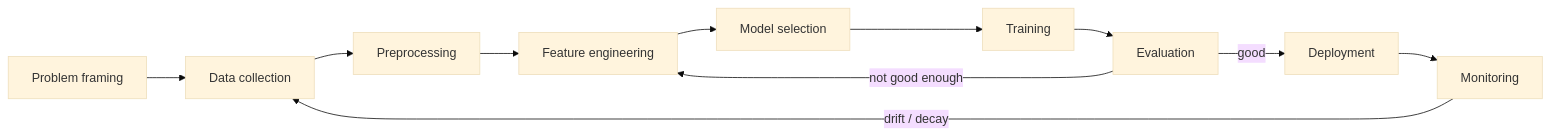
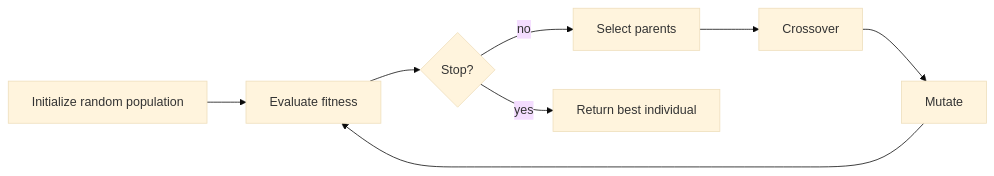
Before and after one commit to kader-xai/kader-xai.github.io: the diagram in ai-ml-encyclopedia/ch03.qmd, drawn with Mermaid (base theme). The commit also changed other lines of this file and 47 other files, not shown here.

````diff
--- a/ai-ml-encyclopedia/ch03.qmd
+++ b/ai-ml-encyclopedia/ch03.qmd
@@ -301,13 +480,10 @@
 ```{mermaid}
 flowchart LR
-    A[Problem framing] --> B[Data collection]
-    B --> C[Preprocessing]
-    C --> D[Feature engineering]
-    D --> E[Model selection]
-    E --> F[Training]
-    F --> G[Evaluation]
-    G -->|not good enough| D
-    G -->|good| H[Deployment]
-    H --> I[Monitoring]
-    I -->|drift / decay| B
+    A[Initialize random population] --> B[Evaluate fitness]
+    B --> C{Stop?}
+    C -- no --> D[Select parents]
+    D --> E[Crossover]
+    E --> F[Mutate]
+    F --> B
+    C -- yes --> G[Return best individual]
 ```
````
